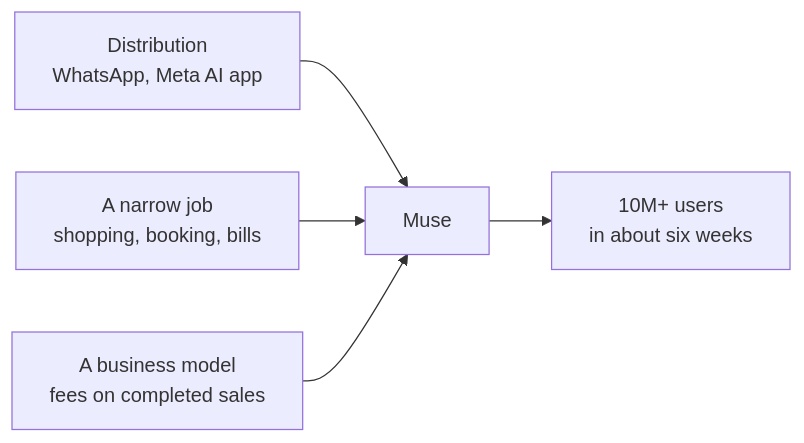
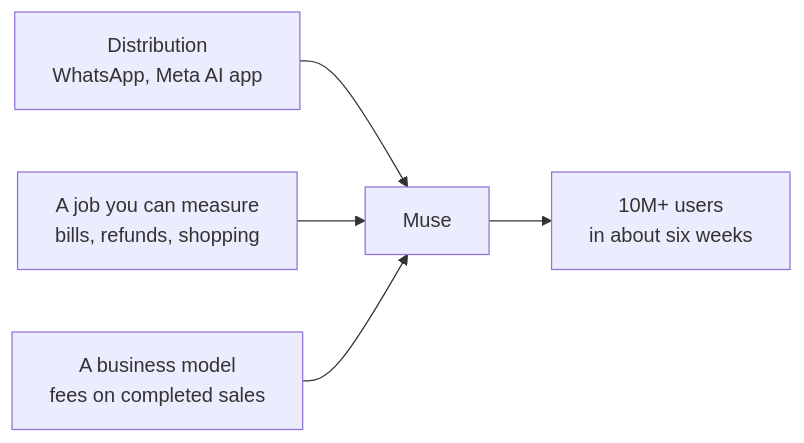
Before and after one commit to kidskoding/portfolio: the fourth of 6 diagrams in src/content/blog/meta-muse-10-million-users/index.mdx, drawn with Mermaid. The commit also changed other lines of this file, not shown here.

First line of the commit message:
feat(blog): rewrite Meta Muse post with demos, architecture and Amazon block

````diff
--- a/src/content/blog/meta-muse-10-million-users/index.mdx
+++ b/src/content/blog/meta-muse-10-million-users/index.mdx
@@ -80,7 +139,7 @@
 ```mermaid
 graph LR
   D[Distribution<br/>WhatsApp, Meta AI app] --> M[Muse]
-  J[A narrow job<br/>shopping, booking, bills] --> M
+  J[A job you can measure<br/>bills, refunds, shopping] --> M
   B[A business model<br/>fees on completed sales] --> M
   M --> U[10M+ users<br/>in about six weeks]
 ```
````
